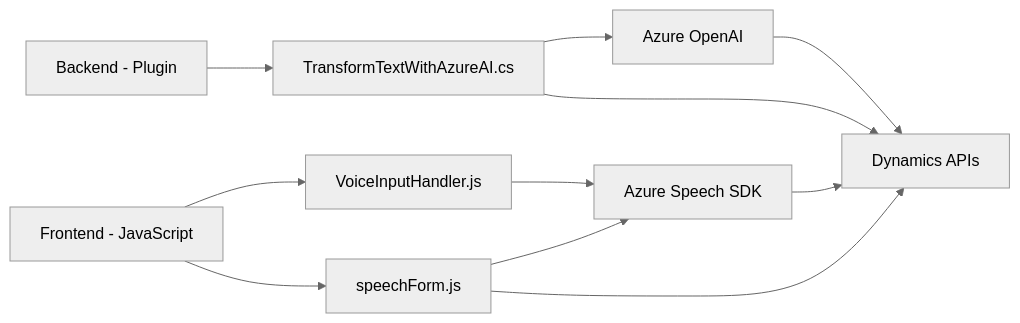
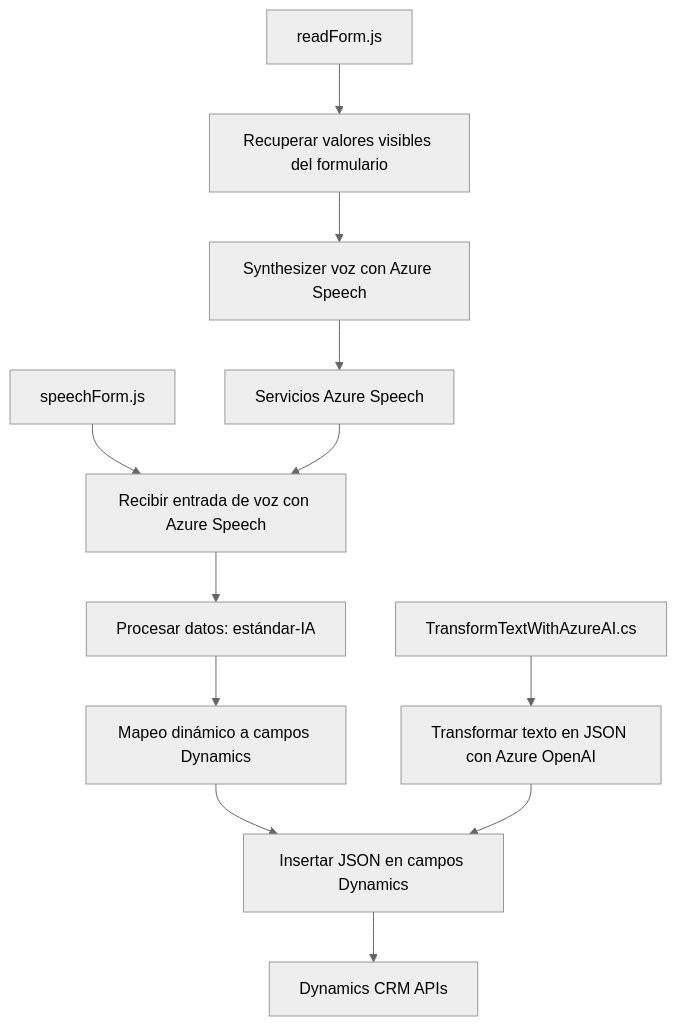
One commit to blopezdm/NETCORE_BILBAO2025 changed the diagram in README.md. Above: the diagram before and after it, drawn with Mermaid (neutral theme). The commit also changed other lines of this file, not shown here.

Commit message:
Actualizar análisis global de la solución con IA

````diff
--- a/README.md
+++ b/README.md
@@ -41,14 +45,14 @@
 ```mermaid
-graph LR
-    A["Frontend - JavaScript"] --> B["VoiceInputHandler.js"]
-    A --> C["speechForm.js"]
-    B --> D["Azure Speech SDK"]
-    C --> D
-    C --> E["Dynamics APIs"]
-
-    F["Backend - Plugin"] --> G["TransformTextWithAzureAI.cs"]
-    G --> H["Azure OpenAI"]
-    G --> E
-    H --> E
-    D --> E
+graph TD
+  A[readForm.js] --> B["Recuperar valores visibles del formulario"]
+  B --> C["Synthesizer voz con Azure Speech"]
+  D[speechForm.js] --> E["Recibir entrada de voz con Azure Speech"]
+  E --> F["Procesar datos: estándar-IA"]
+  F --> G["Mapeo dinámico a campos Dynamics"]
+  H[TransformTextWithAzureAI.cs] --> I["Transformar texto en JSON con Azure OpenAI"]
+  G --> J["Insertar JSON en campos Dynamics"]
+  I --> J
+  C --> K["Servicios Azure Speech"]
+  K --> E
+  J --> L["Dynamics CRM APIs"]
 ```
````
